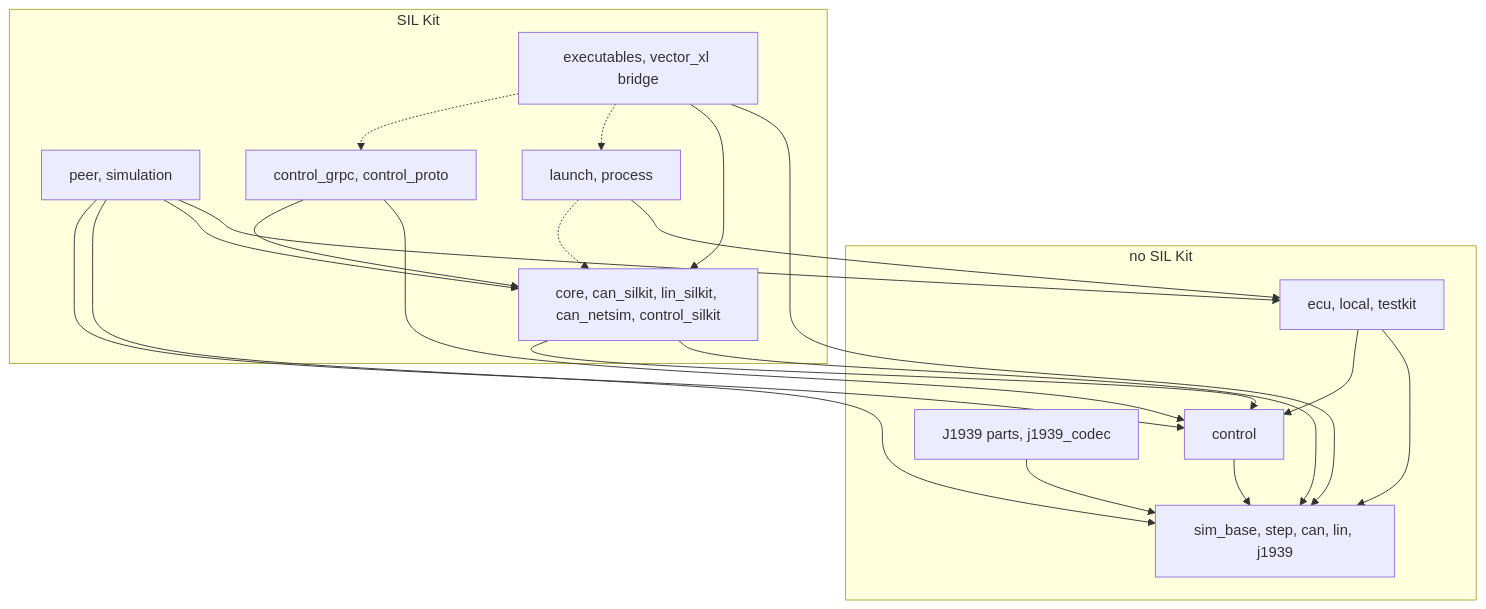
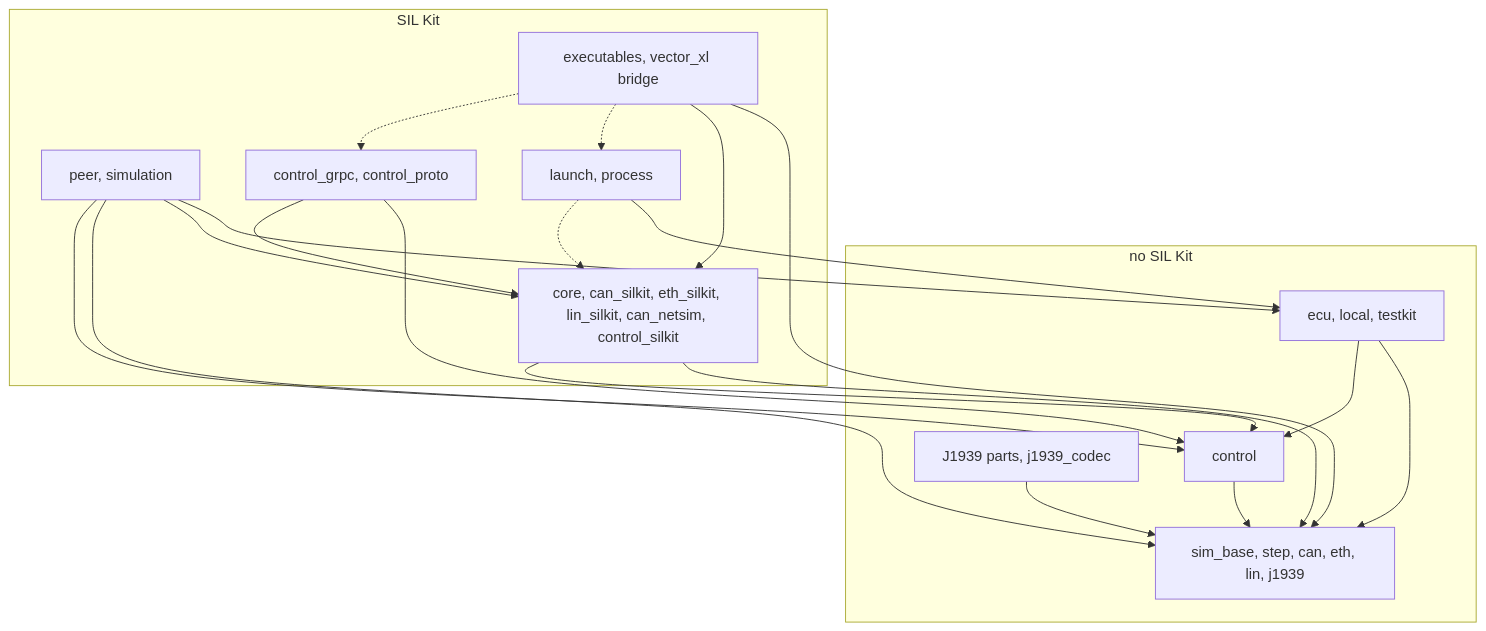
One commit to rahanahu/vehicle-sil changed the first of 7 diagrams in docs/code-map.md. Above: the diagram before and after it, drawn with Mermaid. The commit also changed other lines of this file and 25 other files, not shown here.

First line of the commit message:
feat(eth): add Ethernet frames, a channel for an ECU's step, and its SIL Kit port

````diff
--- a/docs/code-map.md
+++ b/docs/code-map.md
@@ -102,34 +104,34 @@
 ```mermaid
 flowchart TD
     subgraph no_silkit["no SIL Kit"]
-        protocols["sim_base, step, can, lin, j1939"]
+        protocols["sim_base, step, can, eth, lin, j1939"]
         control["control"]
         j1939_parts["J1939 parts, j1939_codec"]
         app["ecu, local, testkit"]
     end
     subgraph with_silkit["SIL Kit"]
-        bindings["core, can_silkit, lin_silkit, can_netsim, control_silkit"]
+        bindings["core, can_silkit, eth_silkit, lin_silkit, can_netsim, control_silkit"]
         run["peer, simulation"]
         launch_process["launch, process"]
         grpc["control_grpc, control_proto"]
         tools["executables, vector_xl bridge"]
     end
     j1939_parts --> protocols
     control --> protocols
     app --> protocols
     app --> control
     bindings --> protocols
     bindings --> control
     run --> app
     run --> bindings
     run --> protocols
     run --> control
     launch_process --> app
     launch_process -.-> bindings
     grpc --> control
     grpc --> bindings
     tools --> protocols
     tools --> bindings
     tools -.-> launch_process
     tools -.-> grpc
 ```
````
